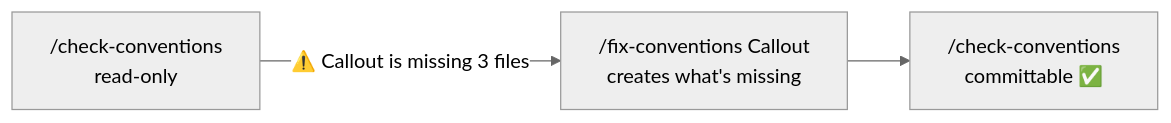
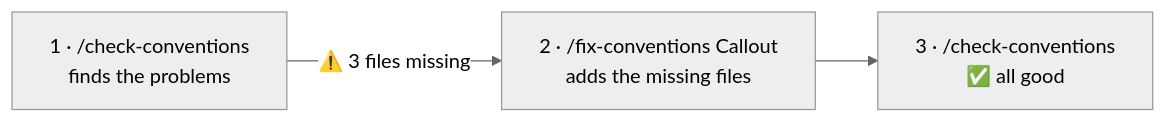
Before and after one commit to fb-talks/claude-fundamentals: the second of 2 diagrams in decks/05-skills.md, drawn with Mermaid (neutral theme). The commit also changed other lines of this file and 36 other files, not shown here.

````diff
--- a/decks/05-skills.md
+++ b/decks/05-skills.md
@@ -153,5 +425,5 @@
 ```mermaid
 flowchart LR
-  C1["/check-conventions<br/>read-only"] -->|"⚠️ Callout is missing 3 files"| F["/fix-conventions Callout<br/>creates what's missing"]
-  F --> C2["/check-conventions<br/>committable ✅"]
+  C1["1 · /check-conventions<br/>finds the problems"] -->|"⚠️ 3 files missing"| F["2 · /fix-conventions Callout<br/>adds the missing files"]
+  F --> C2["3 · /check-conventions<br/>✅ all good"]
 ```
````
